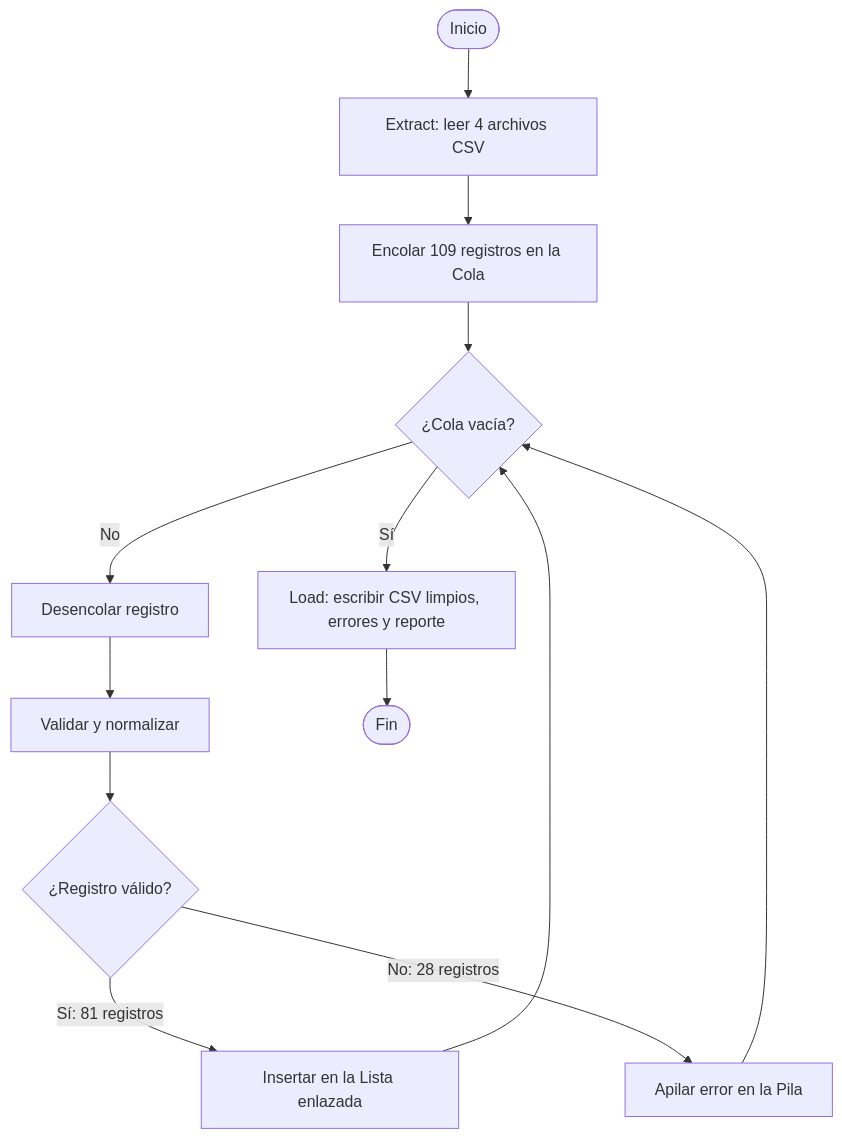
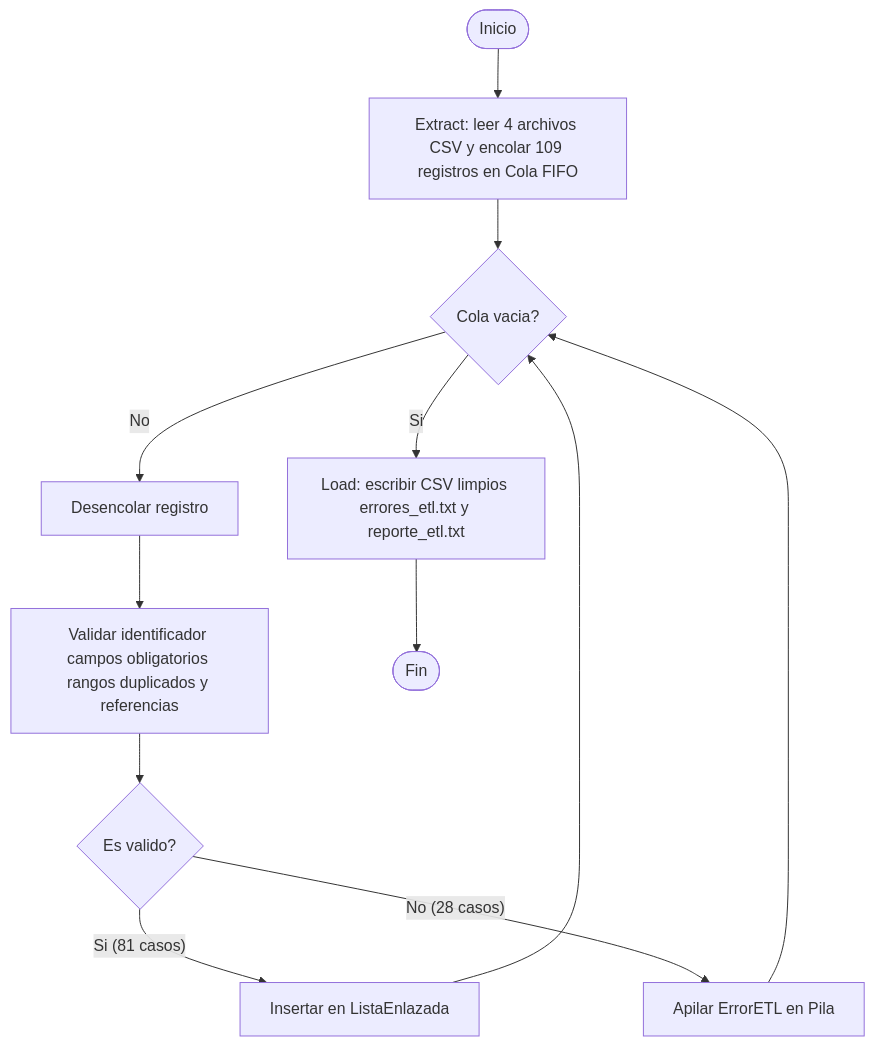
The diagram in output/diagramas/01_flujograma_etl.md (Leo23new/ProyectoGrupo3), drawn with Mermaid before and after one commit. The commit also changed other lines of this file and 15 other files, not shown here.

````diff
--- a/output/diagramas/01_flujograma_etl.md
+++ b/output/diagramas/01_flujograma_etl.md
@@ -12,15 +5,14 @@
 ```mermaid
 flowchart TD
-    A(["Inicio"]) --> B["Extract: leer 4 archivos CSV"]
-    B --> C["Encolar 109 registros en la Cola"]
-    C --> D{"¿Cola vacía?"}
-    D -->|"No"| E["Desencolar registro"]
-    E --> F["Validar y normalizar"]
-    F --> G{"¿Registro válido?"}
-    G -->|"Sí: 81 registros"| H["Insertar en la Lista enlazada"]
-    G -->|"No: 28 registros"| I["Apilar error en la Pila"]
-    H --> D
-    I --> D
-    D -->|"Sí"| J["Load: escribir CSV limpios, errores y reporte"]
-    J --> K(["Fin"])
+    A(["Inicio"]) --> B["Extract: leer 4 archivos CSV y encolar 109 registros en Cola FIFO"]
+    B --> C{"Cola vacia?"}
+    C -->|"No"| D["Desencolar registro"]
+    D --> E["Validar identificador campos obligatorios rangos duplicados y referencias"]
+    E --> F{"Es valido?"}
+    F -->|"Si (81 casos)"| G["Insertar en ListaEnlazada"]
+    F -->|"No (28 casos)"| H["Apilar ErrorETL en Pila"]
+    G --> C
+    H --> C
+    C -->|"Si"| I["Load: escribir CSV limpios errores_etl.txt y reporte_etl.txt"]
+    I --> J(["Fin"])
 ```
````
